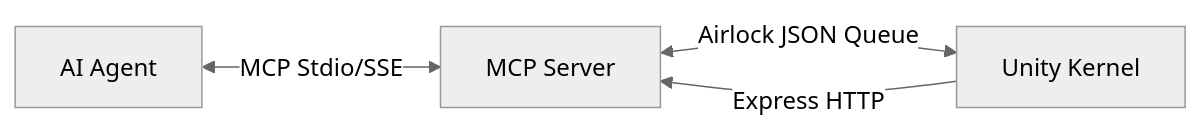
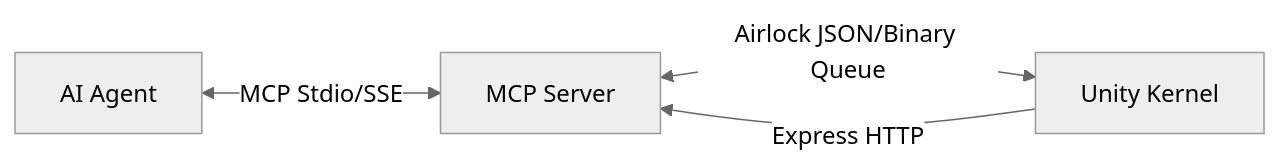
The diagram in AI_CONTEXT.md (B-A-M-N/UnityVibeBridge), drawn with Mermaid (neutral theme) before and after one commit. The commit also changed other lines of this file and 179 other files, not shown here.

First line of the commit message:
feat: implement hardened async kernel and zero-reflection IPC architecture

````diff
--- a/AI_CONTEXT.md
+++ b/AI_CONTEXT.md
@@ -8,6 +10,6 @@
 ```mermaid
 graph LR
     A[AI Agent] <-->|MCP Stdio/SSE| B[MCP Server]
-    B <-->|Airlock JSON Queue| C[Unity Kernel]
+    B <-->|Airlock JSON/Binary Queue| C[Unity Kernel]
     C -->|Express HTTP| B
 ```
````
